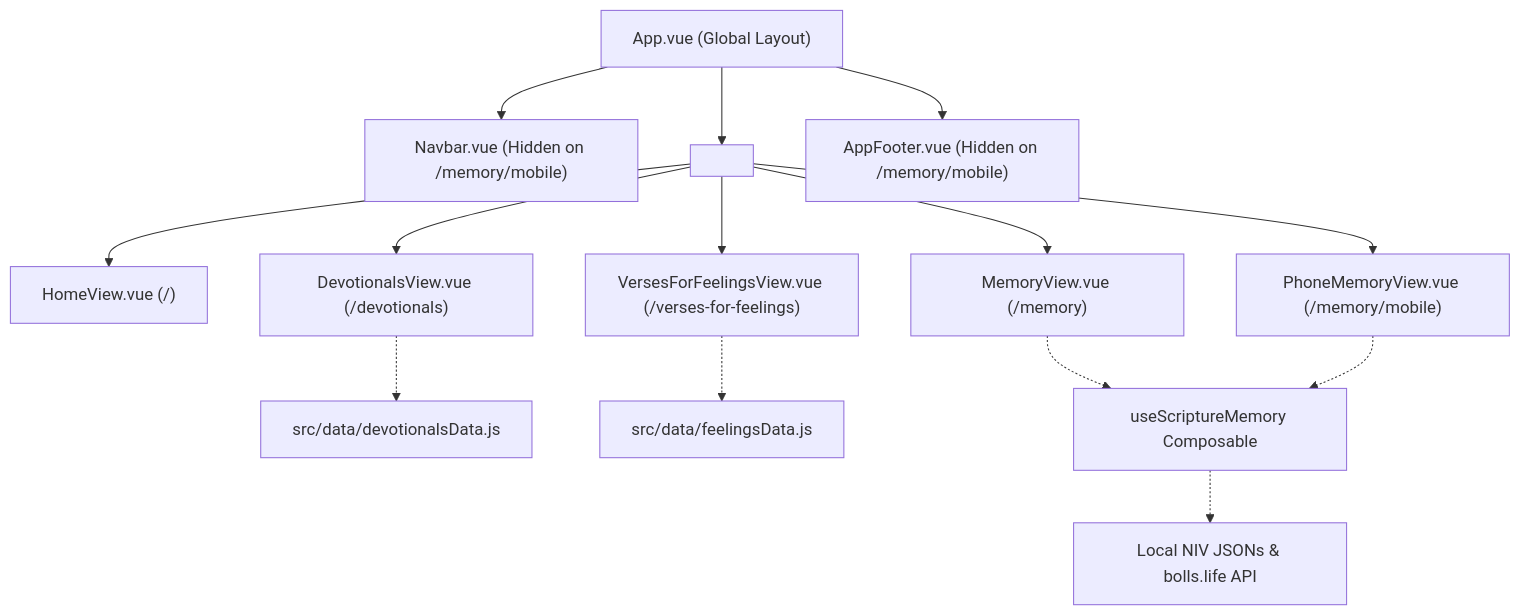
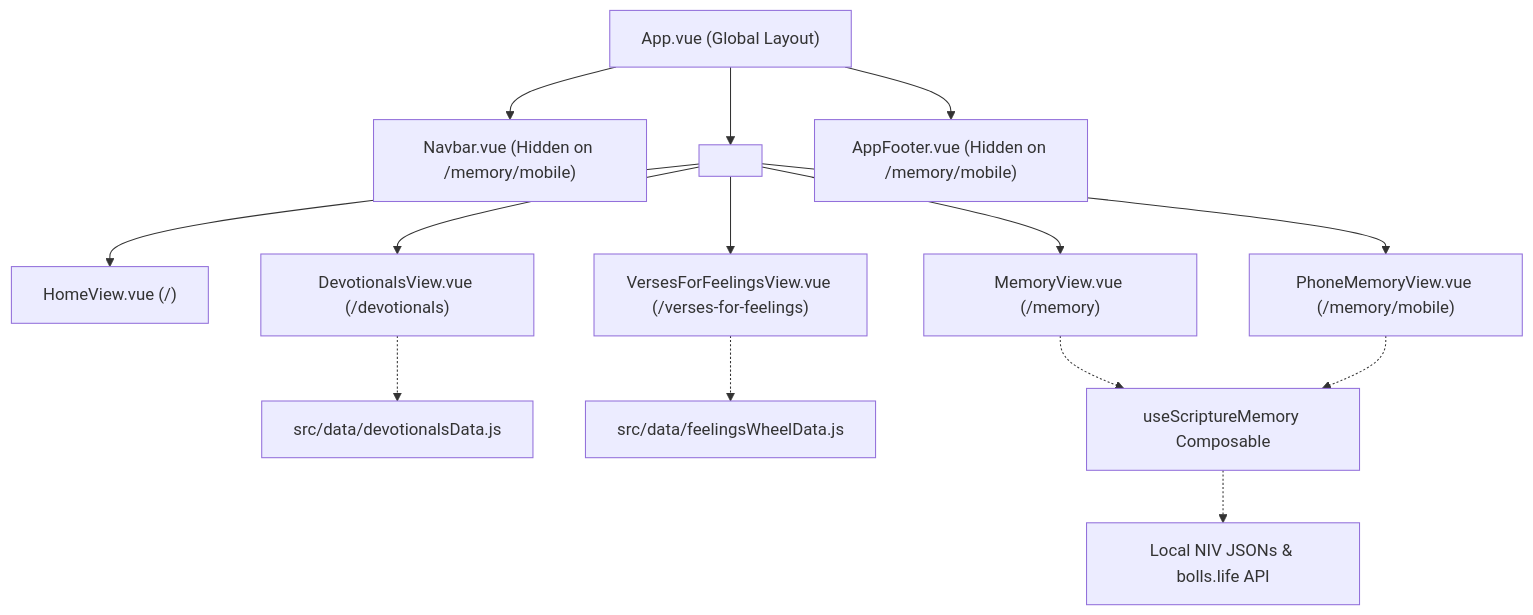
Before and after one commit to haftel/bible-station: the diagram in spec.md, drawn with Mermaid. The commit also changed other lines of this file and 4 other files, not shown here.

Commit message:
feat: implement interactive 3-tier Feelings Wheel with NIV 2011 scripture encouragement

````diff
--- a/spec.md
+++ b/spec.md
@@ -11,19 +11,19 @@
 ```mermaid
 graph TD
     App["App.vue (Global Layout)"]
     App --> Nav["Navbar.vue (Hidden on /memory/mobile)"]
     App --> RouterView["<router-view />"]
     App --> Footer["AppFooter.vue (Hidden on /memory/mobile)"]
     
     RouterView --> Home["HomeView.vue (/)"]
     RouterView --> Devotionals["DevotionalsView.vue (/devotionals)"]
     RouterView --> Memory["MemoryView.vue (/memory)"]
     RouterView --> PhoneMemory["PhoneMemoryView.vue (/memory/mobile)"]
     RouterView --> Feelings["VersesForFeelingsView.vue (/verses-for-feelings)"]
     
     Devotionals -.-> DevData["src/data/devotionalsData.js"]
-    Feelings -.-> FeelData["src/data/feelingsData.js"]
+    Feelings -.-> FeelData["src/data/feelingsWheelData.js"]
     Memory -.-> MemoryEngine["useScriptureMemory Composable"]
     PhoneMemory -.-> MemoryEngine
     MemoryEngine -.-> BibleAPI["Local NIV JSONs & bolls.life API"]
 ```
````
